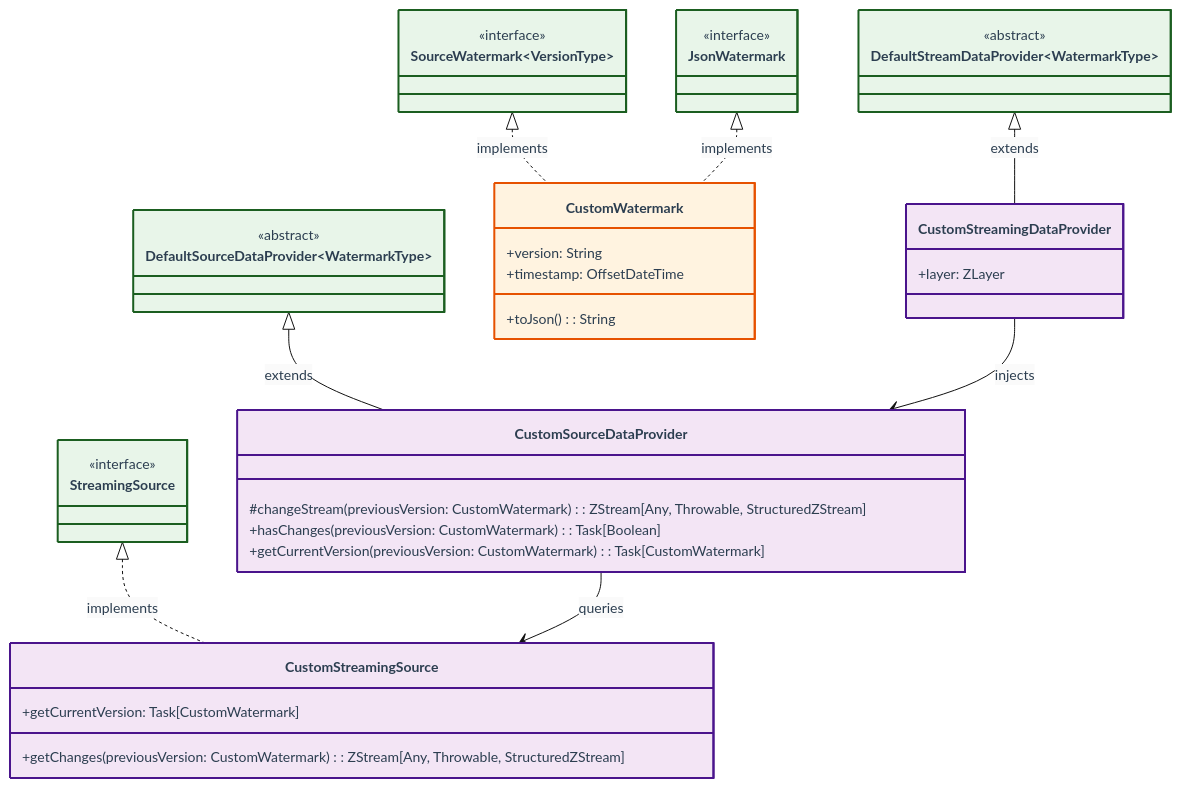
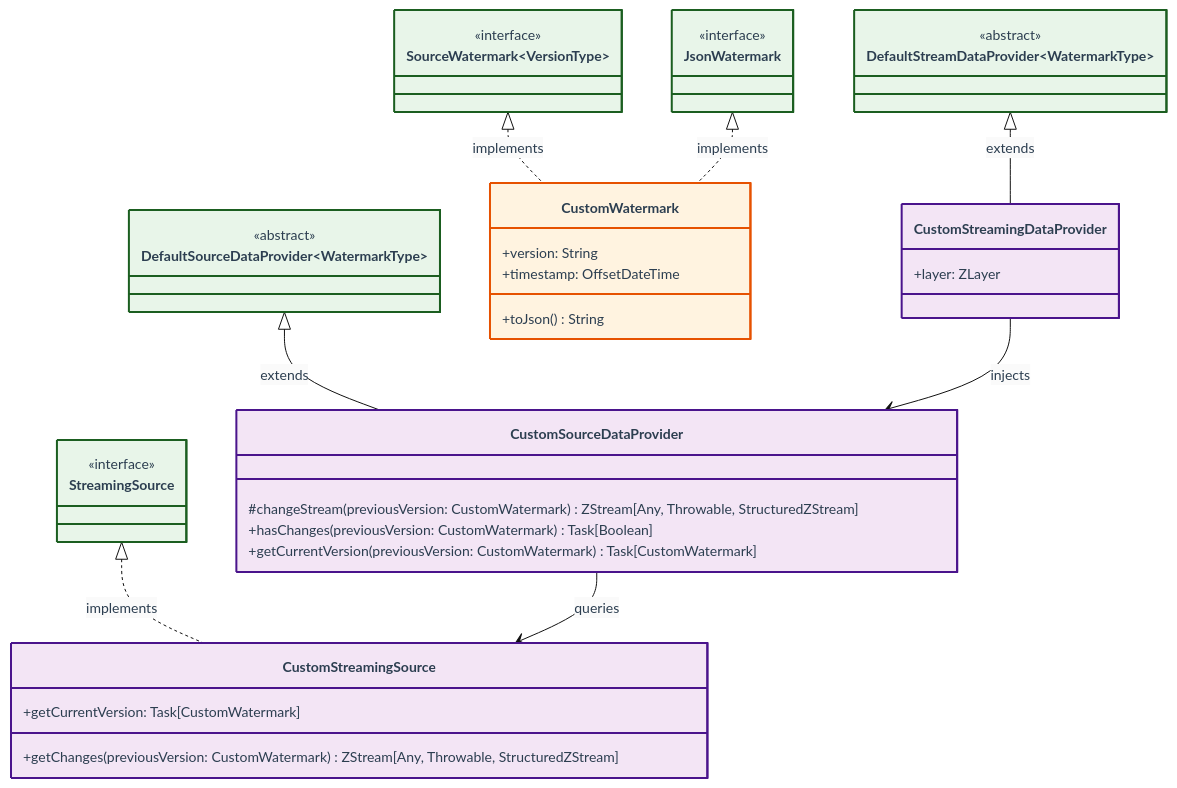
Before and after one commit to SneaksAndData/arcane-framework-scala: the third of 3 diagrams in docs/class_diagram.md, drawn with Mermaid. The commit also changed other lines of this file, not shown here.

````diff
--- a/docs/class_diagram.md
+++ b/docs/class_diagram.md
@@ -117,80 +117,80 @@
 ```mermaid
 %%{init: {
   "theme": "base",
   "themeVariables": {
     "primaryColor": "#fafafa",
     "primaryTextColor": "#2c3e50",
     "primaryBorderColor": "#7f8c8d",
     "lineColor": "#111111",
     "arrowheadColor": "#111111",
     "secondaryColor": "#fdfdfd",
     "tertiaryColor": "#ffffff",
     "fontSize": "14px",
     "fontFamily": "Fira Code, Menlo, Monaco, Consolas, Courier New, monospace"
   },
   "class": {
     "curve": "linear"
   }
 } }%%
 classDiagram
     direction TB
 
     %% Framework Interfaces/Classes (Simplified for context)
     class SourceWatermark~VersionType~ {
         <<interface>>
     }
     class JsonWatermark {
         <<interface>>
     }
     class DefaultStreamDataProvider~WatermarkType~ {
         <<abstract>>
     }
     class DefaultSourceDataProvider~WatermarkType~ {
         <<abstract>>
     }
     class StreamingSource {
         <<interface>>
     }
 
     %% Custom Implementations
     class CustomWatermark {
         +version: String
         +timestamp: OffsetDateTime
-        +toJson(): String
+        +toJson() String
     }
     class CustomStreamingDataProvider {
         +layer: ZLayer
     }
     class CustomSourceDataProvider {
-        #changeStream(previousVersion: CustomWatermark): ZStream[Any, Throwable, StructuredZStream]
-        +hasChanges(previousVersion: CustomWatermark): Task[Boolean]
-        +getCurrentVersion(previousVersion: CustomWatermark): Task[CustomWatermark]
+        #changeStream(previousVersion: CustomWatermark) ZStream[Any, Throwable, StructuredZStream]
+        +hasChanges(previousVersion: CustomWatermark) Task[Boolean]
+        +getCurrentVersion(previousVersion: CustomWatermark) Task[CustomWatermark]
     }
     class CustomStreamingSource {
-        +getChanges(previousVersion: CustomWatermark): ZStream[Any, Throwable, StructuredZStream]
+        +getChanges(previousVersion: CustomWatermark) ZStream[Any, Throwable, StructuredZStream]
         +getCurrentVersion: Task[CustomWatermark]
     }
 
     %% Relationships
     SourceWatermark <|.. CustomWatermark : implements
     JsonWatermark <|.. CustomWatermark : implements
 
     DefaultStreamDataProvider <|-- CustomStreamingDataProvider : extends
     DefaultSourceDataProvider <|-- CustomSourceDataProvider : extends
     StreamingSource <|.. CustomStreamingSource : implements
 
     CustomStreamingDataProvider --> CustomSourceDataProvider : injects
     CustomSourceDataProvider --> CustomStreamingSource : queries
 
     %% Styling
     style SourceWatermark fill:#e8f5e9,stroke:#1b5e20,stroke-width:2px
     style JsonWatermark fill:#e8f5e9,stroke:#1b5e20,stroke-width:2px
     style DefaultStreamDataProvider fill:#e8f5e9,stroke:#1b5e20,stroke-width:2px
     style DefaultSourceDataProvider fill:#e8f5e9,stroke:#1b5e20,stroke-width:2px
     style StreamingSource fill:#e8f5e9,stroke:#1b5e20,stroke-width:2px
 
     style CustomWatermark fill:#fff3e0,stroke:#e65100,stroke-width:2px
     style CustomStreamingDataProvider fill:#f3e5f5,stroke:#4a148c,stroke-width:2px
     style CustomSourceDataProvider fill:#f3e5f5,stroke:#4a148c,stroke-width:2px
     style CustomStreamingSource fill:#f3e5f5,stroke:#4a148c,stroke-width:2px
 ```
````
